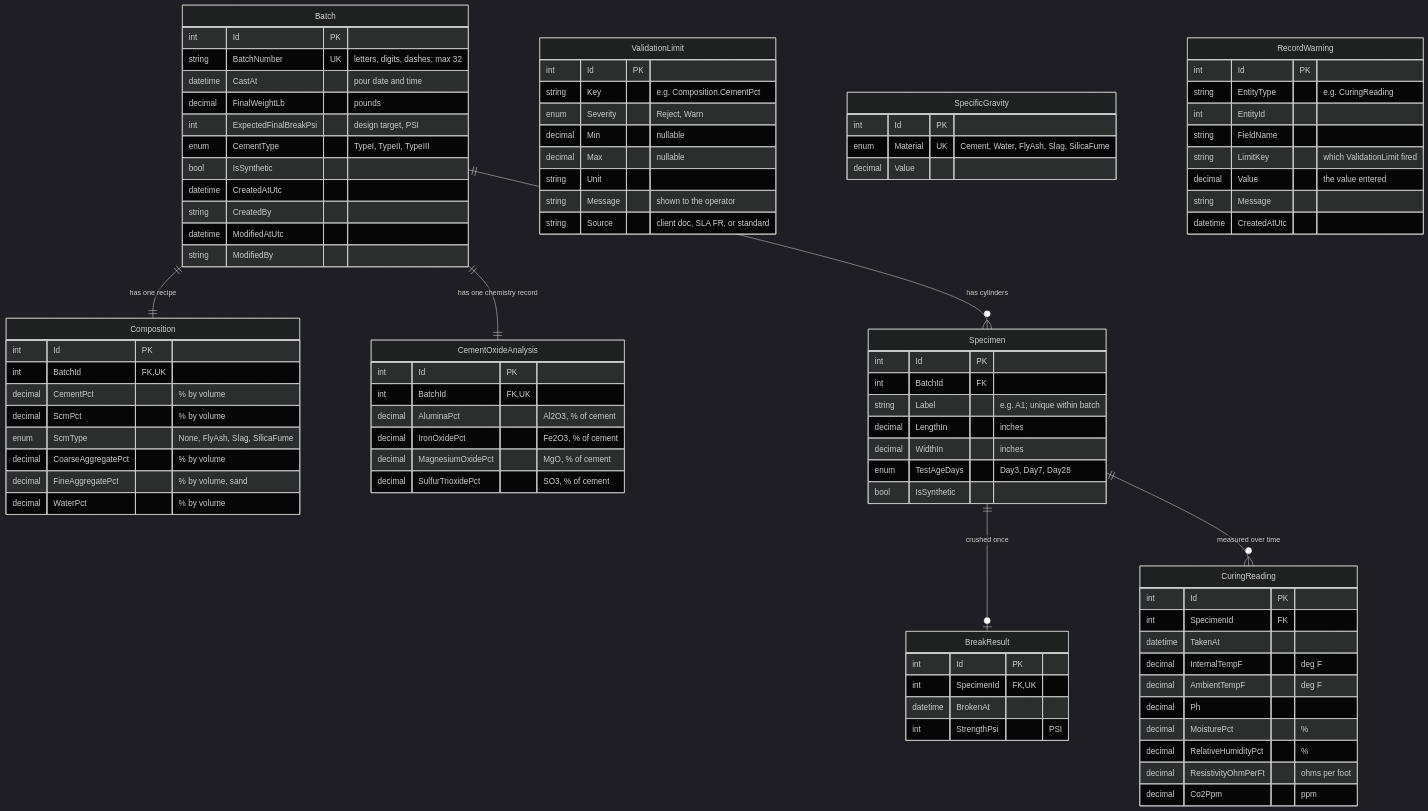
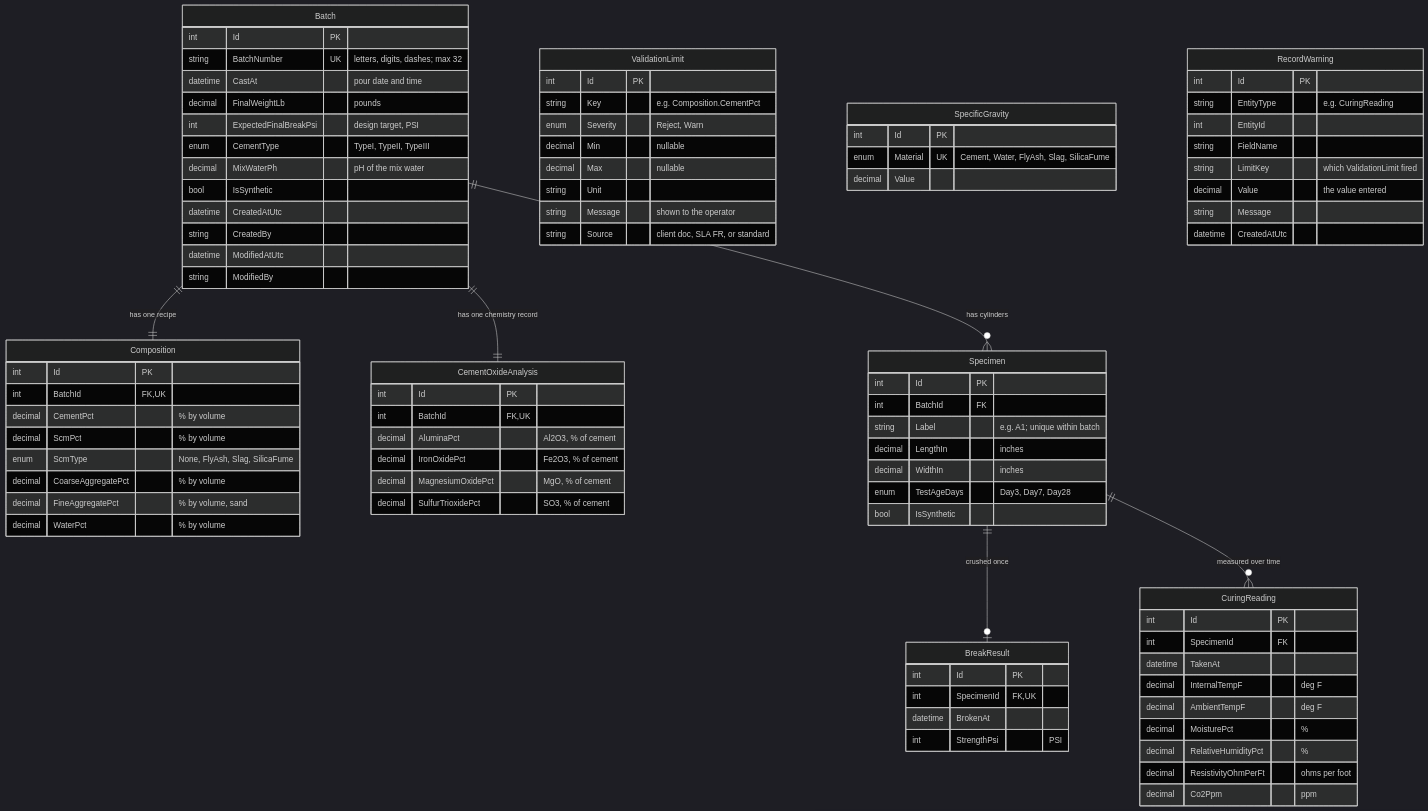
The diagram in docs/schema.md (emmyatri/concrete-analysis-system), drawn with Mermaid (dark theme) before and after one commit. The commit also changed other lines of this file and 2 other files, not shown here.

```diff
--- a/docs/schema.md
+++ b/docs/schema.md
@@ -34,6 +34,7 @@
         decimal FinalWeightLb "pounds"
         int ExpectedFinalBreakPsi "design target, PSI"
         enum CementType "TypeI, TypeII, TypeIII"
+        decimal MixWaterPh "pH of the mix water"
         bool IsSynthetic
         datetime CreatedAtUtc
         string CreatedBy
@@ -84,7 +85,6 @@
         datetime TakenAt
         decimal InternalTempF "deg F"
         decimal AmbientTempF "deg F"
-        decimal Ph
         decimal MoisturePct "%"
         decimal RelativeHumidityPct "%"
         decimal ResistivityOhmPerFt "ohms per foot"
```
